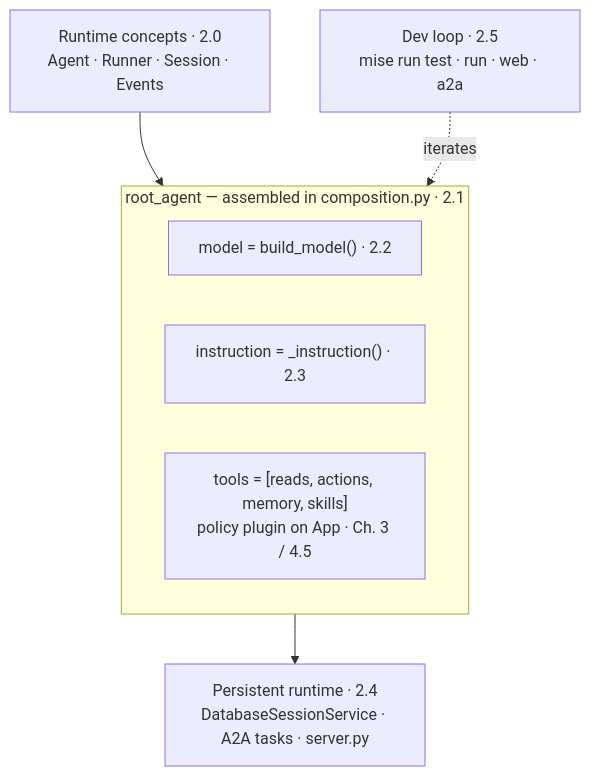
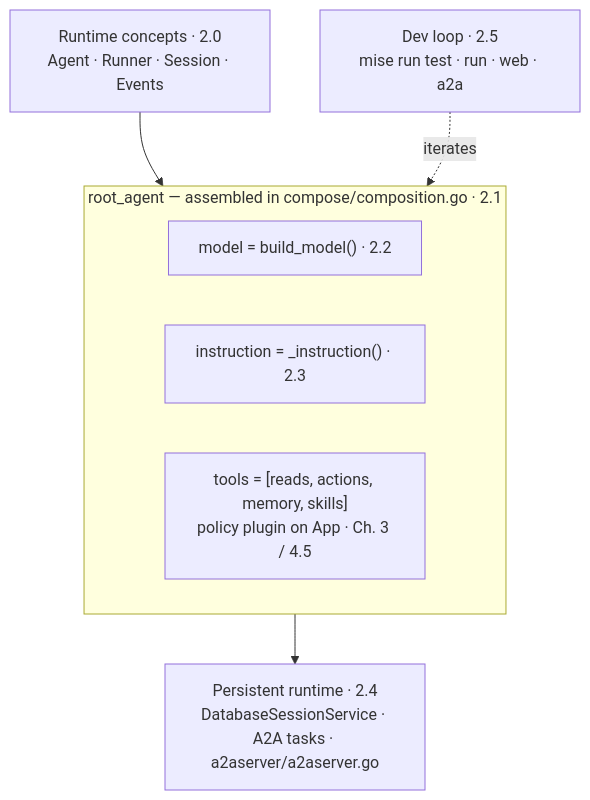
The diagram in content/2. Agents/_index.md (LuiGGi629/agentops-open-course), drawn with Mermaid before and after one commit. The commit also changed other lines of this file and 87 other files, not shown here.

````diff
--- a/content/2. Agents/_index.md
+++ b/content/2. Agents/_index.md
@@ -57,14 +57,14 @@
 ```mermaid
 flowchart TD
     concepts["Runtime concepts · 2.0<br/>Agent · Runner · Session · Events"]
-    subgraph agent["root_agent — assembled in composition.py · 2.1"]
+    subgraph agent["root_agent — assembled in compose/composition.go · 2.1"]
         model["model = build_model() · 2.2"]
         instr["instruction = _instruction() · 2.3"]
         tools["tools = [reads, actions, memory, skills]<br/>policy plugin on App · Ch. 3 / 4.5"]
     end
-    runtime["Persistent runtime · 2.4<br/>DatabaseSessionService · A2A tasks · server.py"]
+    runtime["Persistent runtime · 2.4<br/>DatabaseSessionService · A2A tasks · a2aserver/a2aserver.go"]
     loop["Dev loop · 2.5<br/>mise run test · run · web · a2a"]
     concepts --> agent
     agent --> runtime
     loop -. iterates .-> agent
 ```
````
